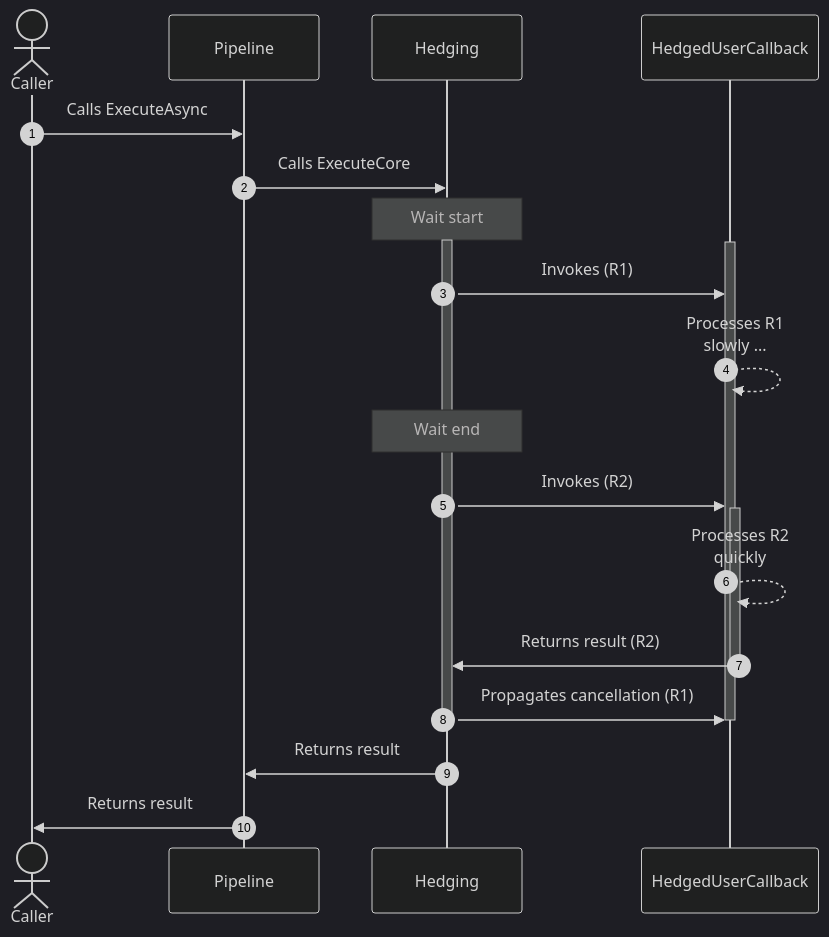
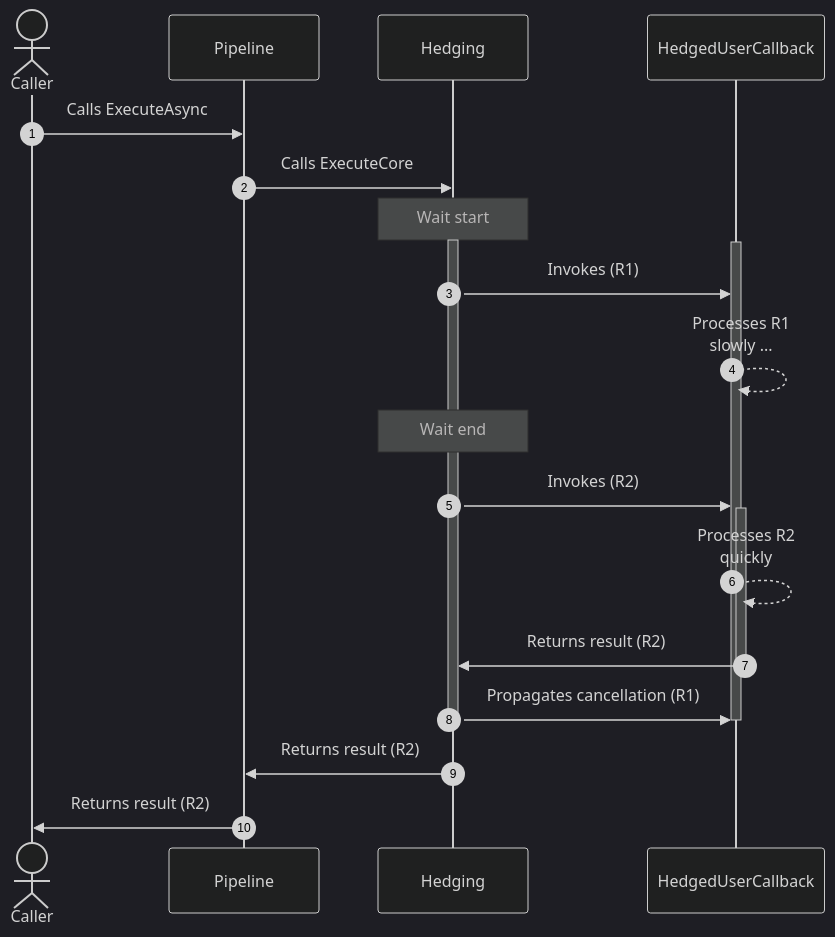
The second of 8 diagrams in docs/strategies/hedging.md (App-vNext/Polly), drawn with Mermaid (dark theme) before and after one commit. The commit also changed other lines of this file, not shown here.

Commit message:
Updates hedging diagrams based on feedbacks

````diff
--- a/docs/strategies/hedging.md
+++ b/docs/strategies/hedging.md
@@ -121,30 +121,30 @@
 ```mermaid
 sequenceDiagram
     autonumber
     actor C as Caller
     participant P as Pipeline
     participant H as Hedging
     participant D as HedgedUserCallback
 
     C->>P: Calls ExecuteAsync
     P->>H: Calls ExecuteCore
     Note over H: Wait start
 
     activate H
     activate D
     H->>D: Invokes (R1)
     D-->>D: Processes R1<br/> slowly ...
     Note over H: Wait end
 
     H->>D: Invokes (R2)
     activate D
     D-->>D: Processes R2<br/> quickly
     D->>H: Returns result (R2)
     deactivate D
     H->>D: Propagates cancellation (R1)
     deactivate H
 
     deactivate D
-    H->>P: Returns result
-    P->>C: Returns result
+    H->>P: Returns result (R2)
+    P->>C: Returns result (R2)
 ```
````
